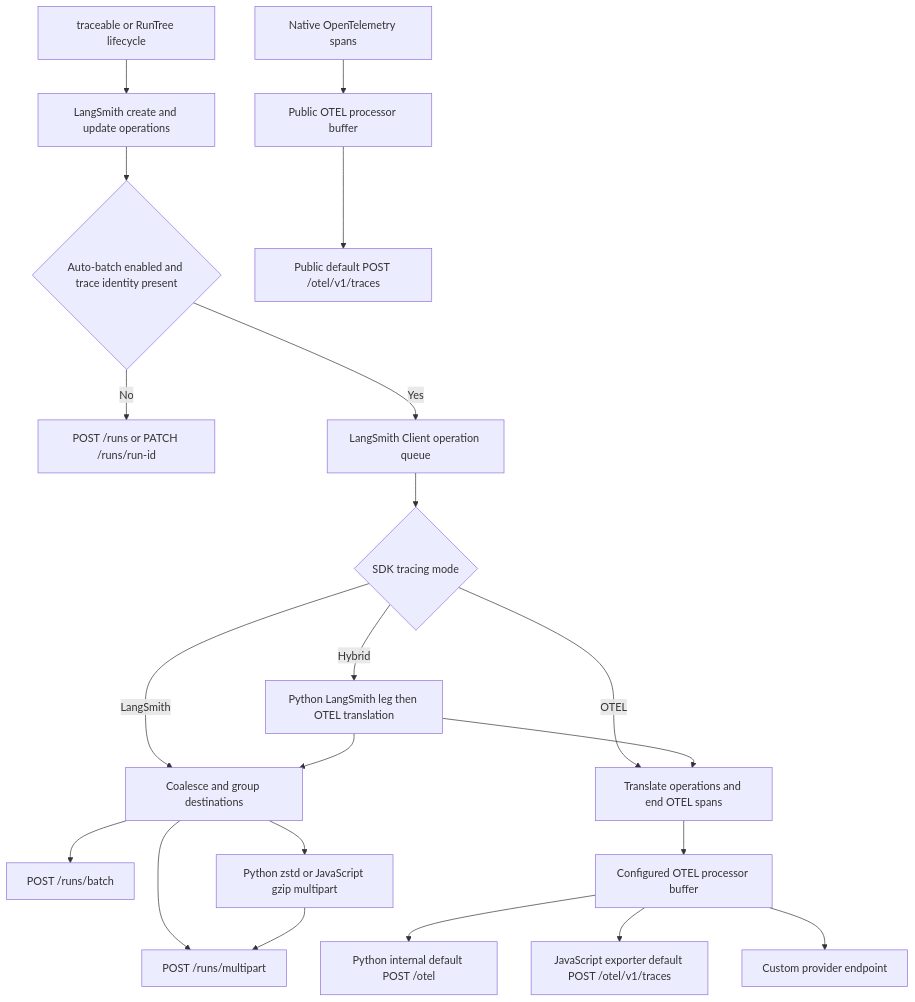
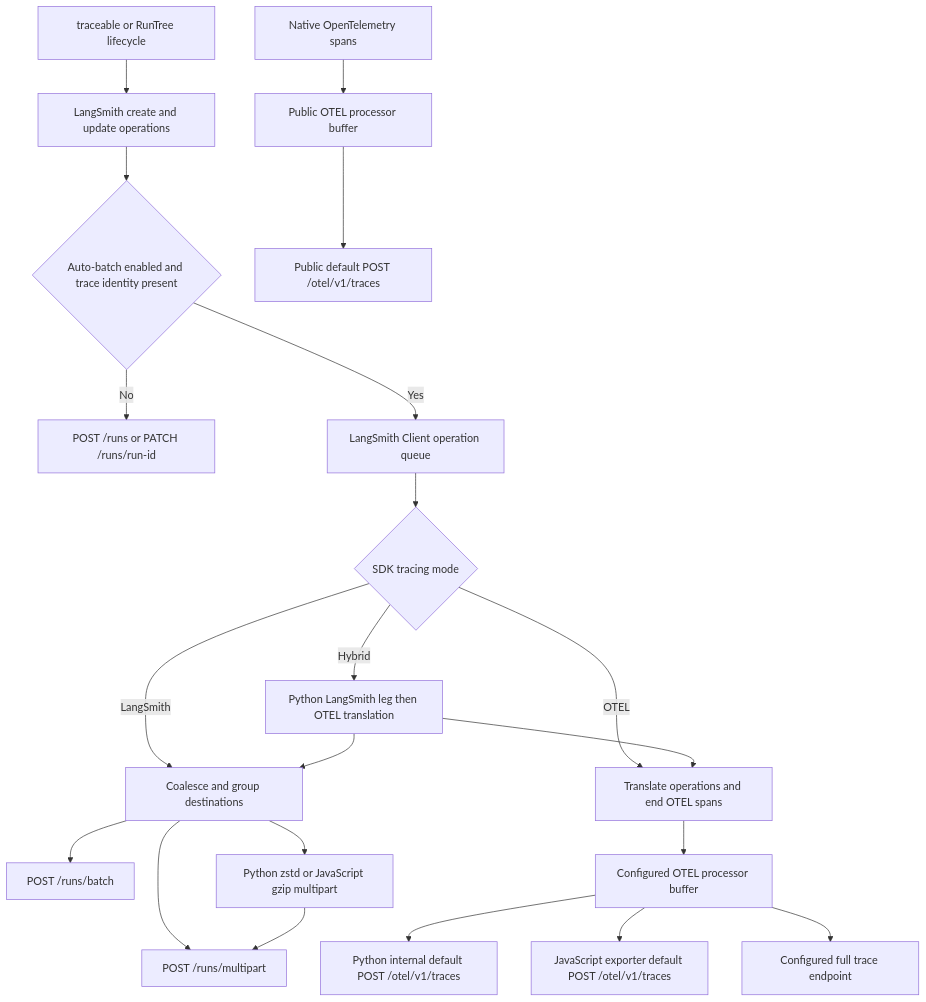
The first of 2 diagrams in openwiki/workflows/trace-capture-and-ingestion.md (langchain-ai/langsmith-sdk), drawn with Mermaid before and after one commit. The commit also changed other lines of this file and 30 other files, not shown here.

````diff
--- a/openwiki/workflows/trace-capture-and-ingestion.md
+++ b/openwiki/workflows/trace-capture-and-ingestion.md
@@ -97,23 +97,23 @@
 ```mermaid
 flowchart TD
     Cap["traceable or RunTree lifecycle"] --> Ops["LangSmith create and update operations"]
     Ops --> Ident{"Auto-batch enabled and trace identity present"}
     Ident -- No --> Direct["POST /runs or PATCH /runs/run-id"]
     Ident -- Yes --> LQ["LangSmith Client operation queue"]
     LQ --> Mode{"SDK tracing mode"}
     Mode -- LangSmith --> Batch["Coalesce and group destinations"]
     Batch --> Json["POST /runs/batch"]
     Batch --> Multi["POST /runs/multipart"]
     Batch --> Compress["Python zstd or JavaScript gzip multipart"]
     Compress --> Multi
     Mode -- OTEL --> Trans["Translate operations and end OTEL spans"]
     Mode -- Hybrid --> Hybrid["Python LangSmith leg then OTEL translation"]
     Hybrid --> Batch
     Hybrid --> Trans
     Native["Native OpenTelemetry spans"] --> Public["Public OTEL processor buffer"]
     Trans --> OProc["Configured OTEL processor buffer"]
-    OProc --> Internal["Python internal default POST /otel"]
+    OProc --> Internal["Python internal default POST /otel/v1/traces"]
     OProc --> JsDefault["JavaScript exporter default POST /otel/v1/traces"]
-    OProc --> Custom["Custom provider endpoint"]
+    OProc --> Custom["Configured full trace endpoint"]
     Public --> PublicEndpoint["Public default POST /otel/v1/traces"]
 ```
````
